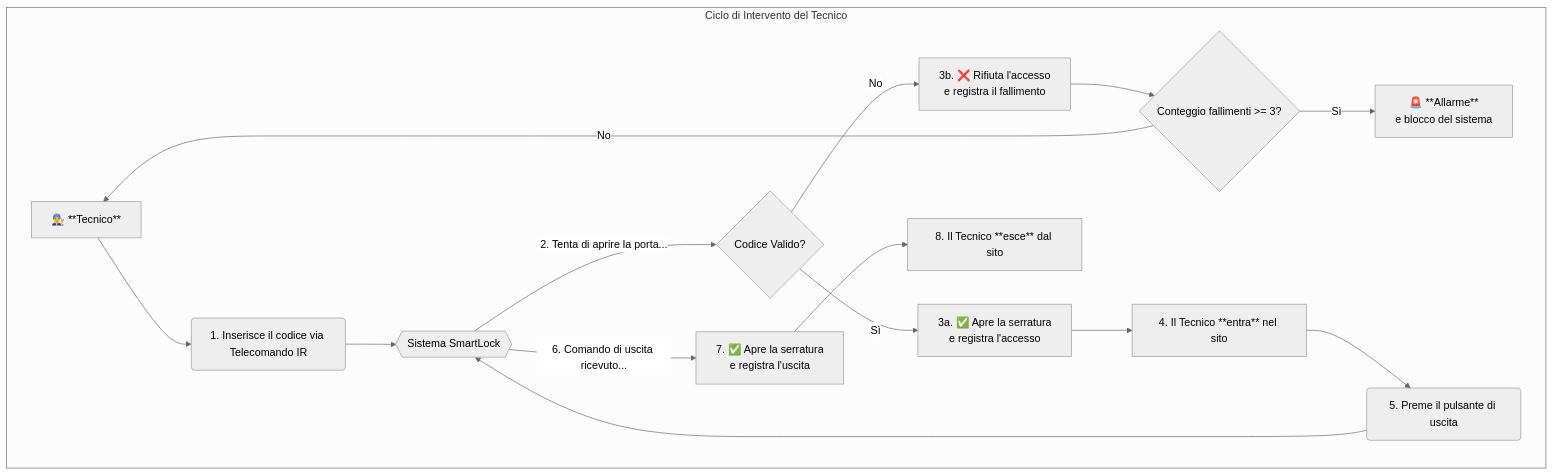
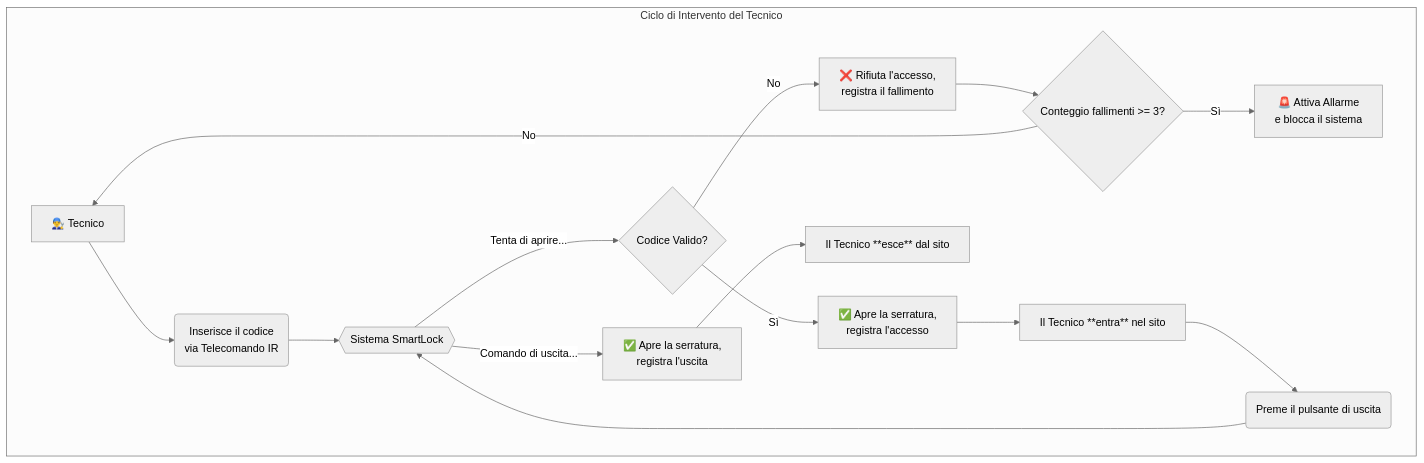
The first of 3 diagrams in src/projet.md (justicembeye/SmartLook), drawn with Mermaid (neutral theme) before and after one commit.

Commit message:
aggiornamento

````diff
--- a/src/projet.md
+++ b/src/projet.md
@@ -46,19 +46,19 @@
 ```mermaid
 flowchart TD
     subgraph "Ciclo di Intervento del Tecnico"
-        A[👨‍🔧 **Tecnico**] --> B(1. Inserisce il codice via Telecomando IR);
+        A[👨‍🔧 Tecnico] --> B("Inserisce il codice<br>via Telecomando IR");
         B --> C{{Sistema SmartLock}};
-        C -- "2. Tenta di aprire la porta..." --> D{Codice Valido?};
-        D -- "Sì" --> E["3a. ✅ Apre la serratura<br>e registra l'accesso"];
-        D -- "No" --> F["3b. ❌ Rifiuta l'accesso<br>e registra il fallimento"];
-        E --> G[4. Il Tecnico **entra** nel sito];
+        C -- "Tenta di aprire..." --> D{Codice Valido?};
+        D -- "Sì" --> E["✅ Apre la serratura,<br>registra l'accesso"];
+        D -- "No" --> F["❌ Rifiuta l'accesso,<br>registra il fallimento"];
+        E --> G[Il Tecnico **entra** nel sito];
         F --> H{Conteggio fallimenti >= 3?};
-        H -- "Sì" --> I["🚨 **Allarme**<br>e blocco del sistema"];
+        H -- "Sì" --> I["🚨 Attiva Allarme<br>e blocca il sistema"];
         H -- "No" --> A;
         
-        G --> J(5. Preme il pulsante di uscita);
+        G --> J("Preme il pulsante di uscita");
         J --> C;
-        C -- "6. Comando di uscita ricevuto..." --> K["7. ✅ Apre la serratura<br>e registra l'uscita"];
-        K --> L[8. Il Tecnico **esce** dal sito];
+        C -- "Comando di uscita..." --> K["✅ Apre la serratura,<br>registra l'uscita"];
+        K --> L[Il Tecnico **esce** dal sito];
     end
 ```
````
